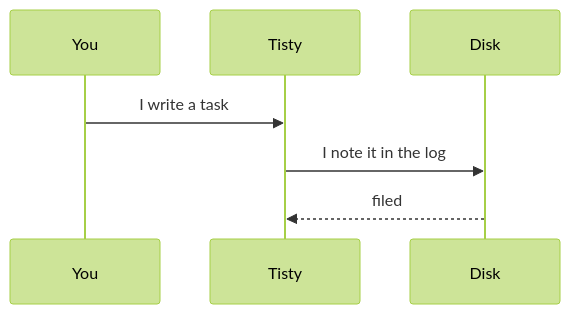
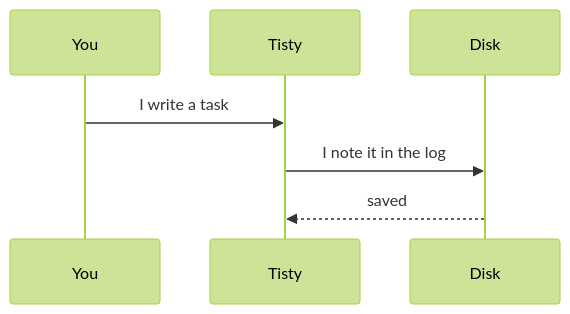
Before and after one commit to rgdevment/Tisty: the fourth of 4 diagrams in app/src-tauri/resources/guide/en/guide.md, drawn with Mermaid (forest theme). The commit also changed other lines of this file and 7 other files, not shown here.

````diff
--- a/app/src-tauri/resources/guide/en/guide.md
+++ b/app/src-tauri/resources/guide/en/guide.md
@@ -277,6 +295,6 @@
 ```mermaid
 sequenceDiagram
   You->>Tisty: I write a task
   Tisty->>Disk: I note it in the log
-  Disk-->>Tisty: filed
+  Disk-->>Tisty: saved
 ```
````
